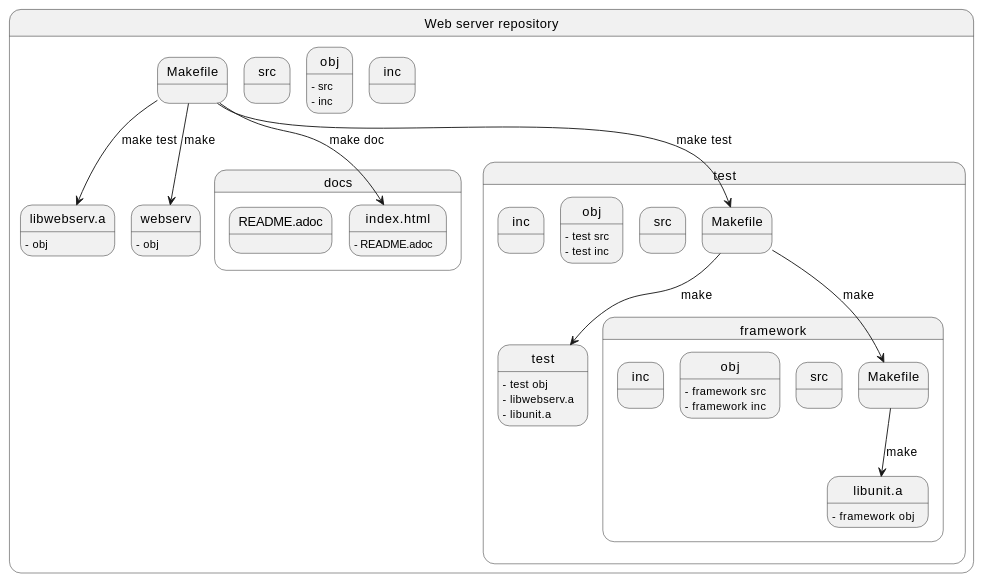
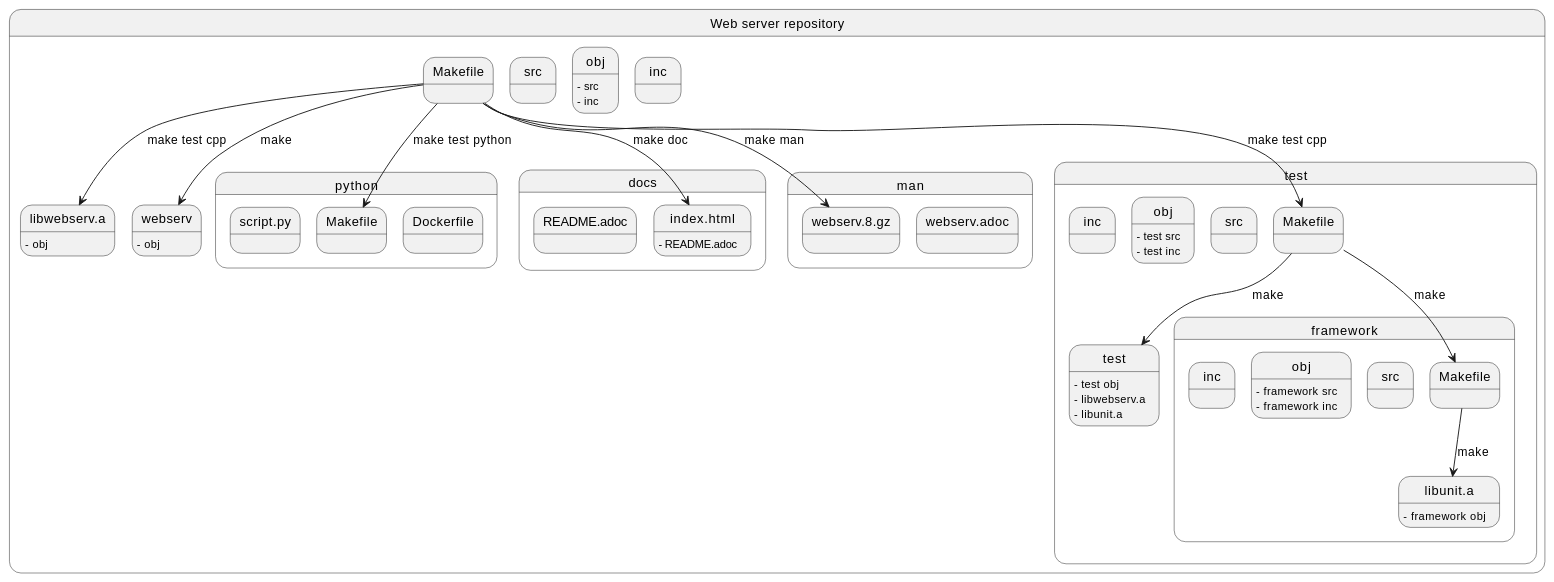
Before and after one commit to t-h2o/webserv: the eighth of 8 diagrams in docs/README.adoc, drawn with PlantUML. The commit also changed 10 other files, not shown here.

```diff
--- a/docs/README.adoc
+++ b/docs/README.adoc
@@ -128,53 +128,64 @@
 [plantuml, target=project_state, format=svg, width=100%]
 ....
 state "Web server repository" as repository {
   state "Makefile" as makefile
+  state "python" as python {
+	state "Dockerfile" as python_dockerfile
+	state "Makefile" as python_makefile
+	state "script.py" as python_script
+  }
   state "docs" as docs {
   	state "index.html" as index
   	state "README.adoc" as adoc
+  }
+  state "man" as man {
+	state "webserv.adoc" as man_adoc
+	state "webserv.8.gz" as man_man
   }
   state "src" as src
   state "obj" as obj
   state "inc" as inc
   state "libwebserv.a" as libwebserv
   state "webserv" as program
   state test {
 	state "Makefile" as test_makefile
     state "src" as test_src
     state "obj" as test_obj
     state "inc" as test_inc
 	state "test" as test_program
 	state "framework" as framework {
 	  state "Makefile" as framework_makefile
       state "src" as framework_src
       state "obj" as framework_obj
       state "inc" as framework_inc
 	  state "libunit.a" as libunit
 	}
   }
   makefile --> program : make
   makefile --> index : make doc
-  makefile --> test_makefile : make test
-  makefile --> libwebserv : make test
+  makefile --> test_makefile : make test cpp
+  makefile --> libwebserv : make test cpp
+  makefile --> python_makefile : make test python
+  makefile --> man_man : make man
   test_makefile --> test_program : make
   test_makefile --> framework_makefile : make
   framework_makefile --> libunit : make
 }
 
 obj : - src
 obj : - inc
 program : - obj
 libwebserv : - obj
 
 index : - README.adoc
 
 test_obj : - test src
 test_obj : - test inc
 test_program : - test obj
 test_program : - libwebserv.a
 test_program : - libunit.a
 
 framework_obj : - framework src
 framework_obj : - framework inc
 libunit : - framework obj
 ....
```
